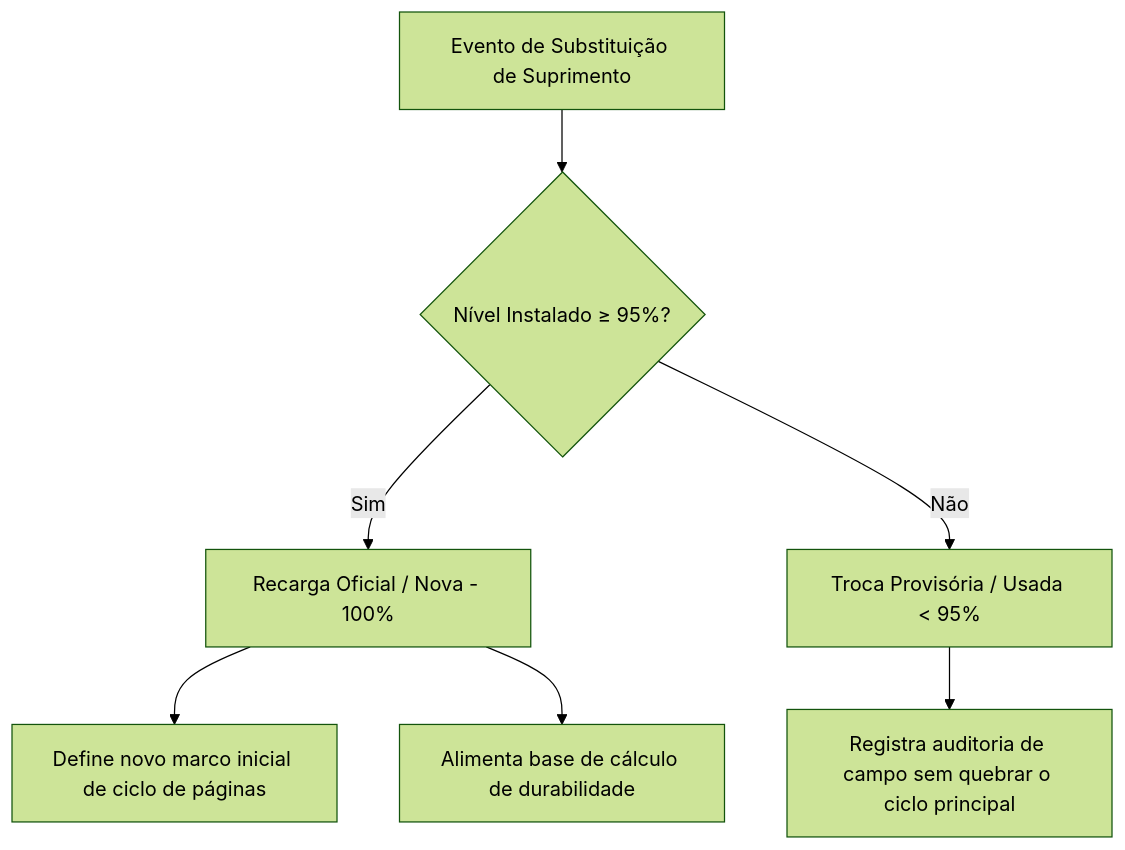
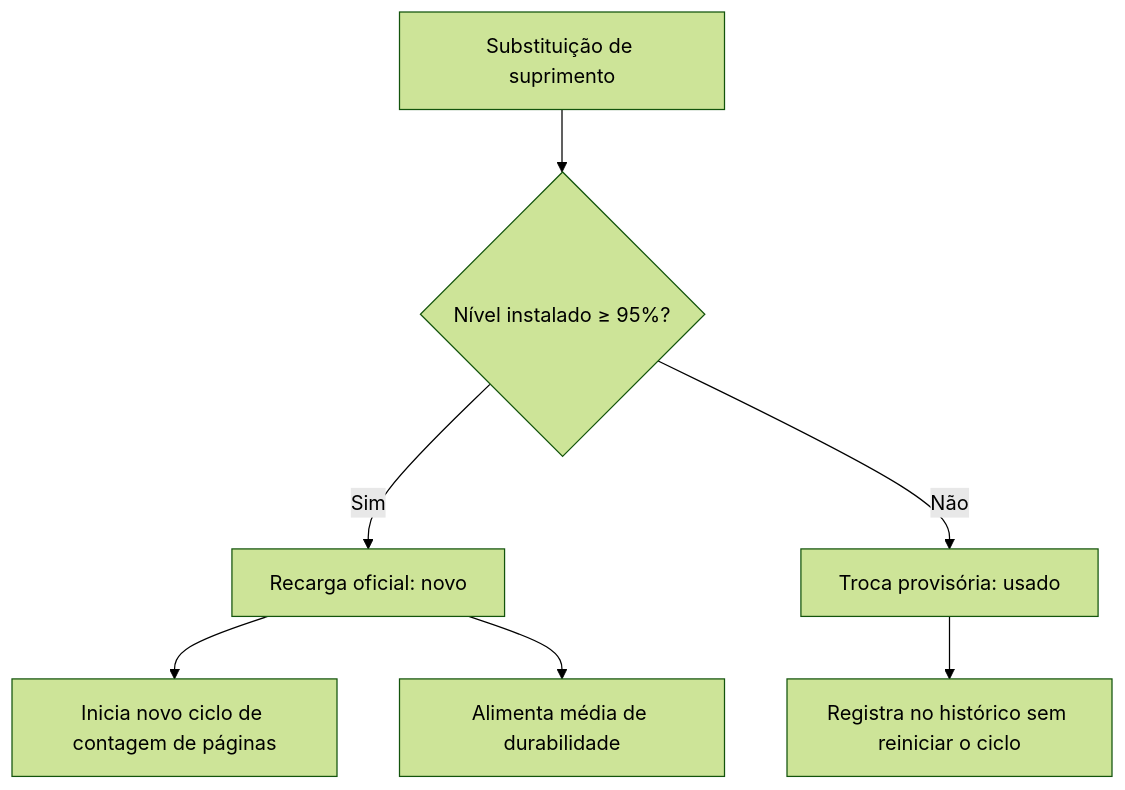
The diagram in Histórico de Recargas e Suprimentos.md (SaruAkaza/Hefesto-Print-Monitor), drawn with Mermaid (forest theme) before and after one commit. The commit also changed other lines of this file and 12 other files, not shown here.

````diff
--- a/Histórico de Recargas e Suprimentos.md
+++ b/Histórico de Recargas e Suprimentos.md
@@ -19,9 +15,9 @@
 ```mermaid
 flowchart TD
-    A[Evento de Substituição de Suprimento] --> B{Nível Instalado ≥ 95%?}
-    B -->|Sim| C[Recarga Oficial / Nova - 100%]
-    C --> D[Define novo marco inicial de ciclo de páginas]
-    C --> E[Alimenta base de cálculo de durabilidade]
-    B -->|Não| F[Troca Provisória / Usada < 95%]
-    F --> G[Registra auditoria de campo sem quebrar o ciclo principal]
+    A[Substituição de suprimento] --> B{Nível instalado ≥ 95%?}
+    B -->|Sim| C[Recarga oficial: novo]
+    C --> D[Inicia novo ciclo de contagem de páginas]
+    C --> E[Alimenta média de durabilidade]
+    B -->|Não| F[Troca provisória: usado]
+    F --> G[Registra no histórico sem reiniciar o ciclo]
 ```
````
